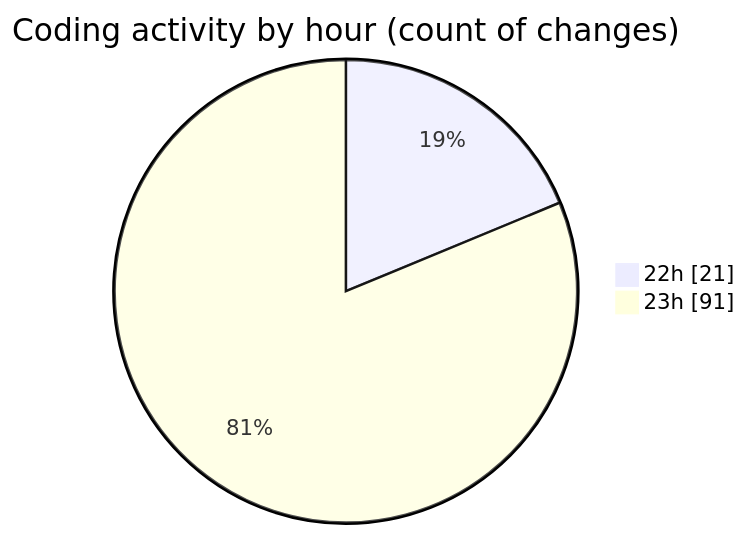
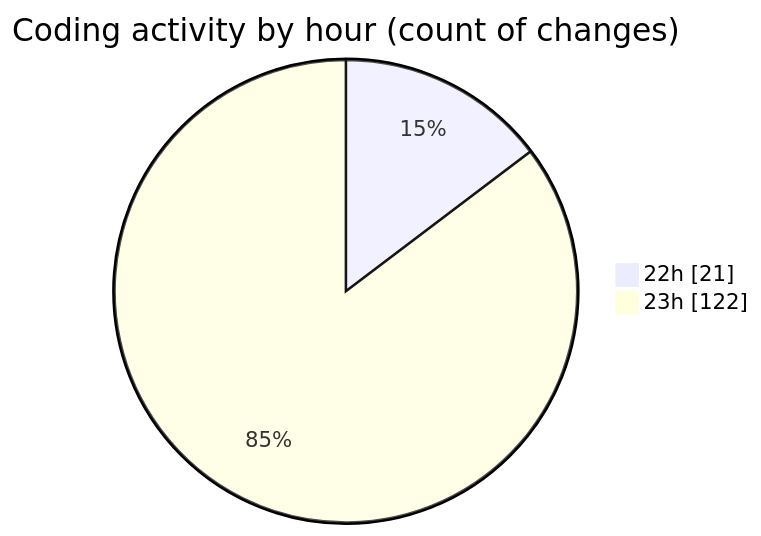
Before and after one commit to Ritupan-Deka/code-tracking: the second of 2 diagrams in 2025-07-22/javascript/README.md, drawn with Mermaid. The commit also changed other lines of this file and 1 other file, not shown here.

````diff
--- a/2025-07-22/javascript/README.md
+++ b/2025-07-22/javascript/README.md
@@ -29,6 +29,6 @@
 ```mermaid
 pie showData
 title Coding activity by hour (count of changes)
 "22h" : 21
-"23h" : 91
+"23h" : 122
 ```
````
